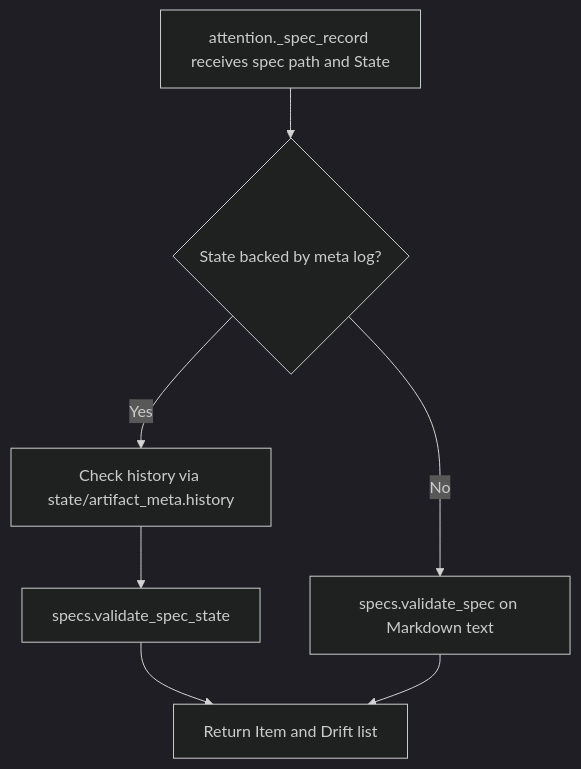
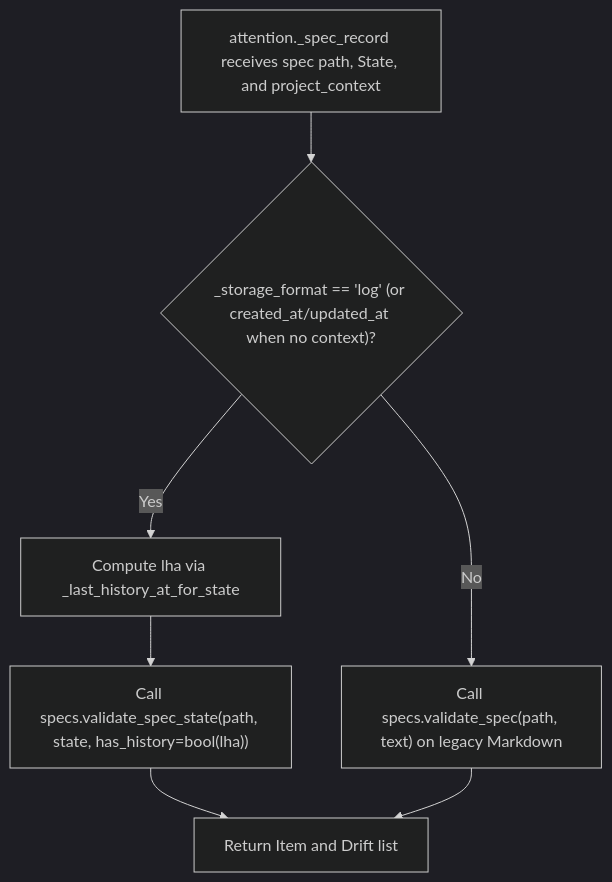
Before and after one commit to fariello/agent-workflows: the diagram in .aw/records/plans/pending/20261121-0dsjzl-01-zgxig2-validate-v2-log-backed-specs-against-artifact-meta-state-in.ipd.md, drawn with Mermaid (dark theme). The commit also changed other lines of this file and 1 other file, not shown here.

````diff
--- a/.aw/records/plans/pending/20261121-0dsjzl-01-zgxig2-validate-v2-log-backed-specs-against-artifact-meta-state-in.ipd.md
+++ b/.aw/records/plans/pending/20261121-0dsjzl-01-zgxig2-validate-v2-log-backed-specs-against-artifact-meta-state-in.ipd.md
@@ -86,9 +100,9 @@
 ```mermaid
 flowchart TD
-    A[attention._spec_record receives spec path and State] --> B{State backed by meta log?}
-    B -->|Yes| C[Check history via state/artifact_meta.history]
-    C --> D[specs.validate_spec_state]
-    B -->|No| E[specs.validate_spec on Markdown text]
-    D --> F[Return Item and Drift list]
+    A["attention._spec_record receives spec path, State, and project_context"] --> B{"_storage_format == 'log' (or created_at/updated_at when no context)?"}
+    B -->|Yes| C["Compute lha via _last_history_at_for_state"]
+    C --> D["Call specs.validate_spec_state(path, state, has_history=bool(lha))"]
+    B -->|No| E["Call specs.validate_spec(path, text) on legacy Markdown"]
+    D --> F["Return Item and Drift list"]
     E --> F
 ```
````
